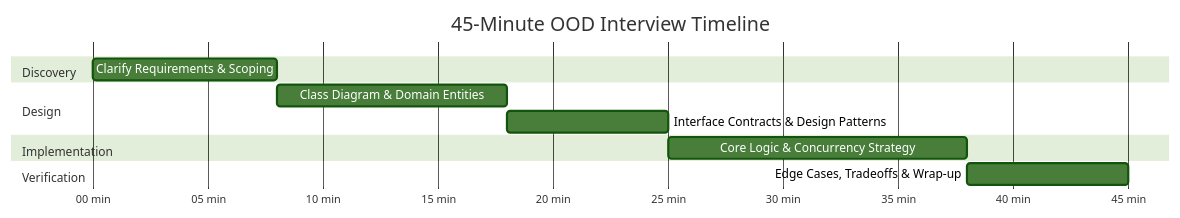
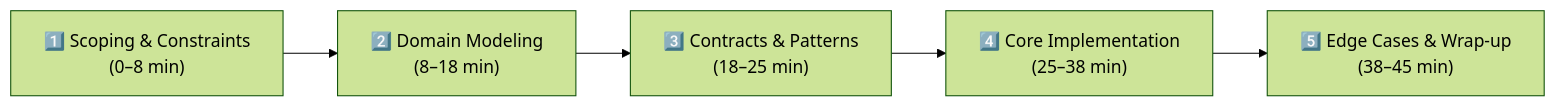
The second of 4 diagrams in LLD/00_Core_Concepts/06_Interview_Execution_Framework.md (dip4k/DSA_102), drawn with Mermaid (forest theme) before and after one commit. The commit also changed other lines of this file and 48 other files, not shown here.

````diff
--- a/LLD/00_Core_Concepts/06_Interview_Execution_Framework.md
+++ b/LLD/00_Core_Concepts/06_Interview_Execution_Framework.md
@@ -51,15 +51,7 @@
 ```mermaid
-gantt
-    title 45-Minute OOD Interview Timeline
-    dateFormat  m
-    axisFormat %M min
-    section Discovery
-    Clarify Requirements & Scoping :0, 8
-    section Design
-    Class Diagram & Domain Entities :8, 18
-    Interface Contracts & Design Patterns :18, 25
-    section Implementation
-    Core Logic & Concurrency Strategy :25, 38
-    section Verification
-    Edge Cases, Tradeoffs & Wrap-up :38, 45
+flowchart LR
+    P1["1️⃣ Scoping & Constraints<br/>(0–8 min)"] --> P2["2️⃣ Domain Modeling<br/>(8–18 min)"]
+    P2 --> P3["3️⃣ Contracts & Patterns<br/>(18–25 min)"]
+    P3 --> P4["4️⃣ Core Implementation<br/>(25–38 min)"]
+    P4 --> P5["5️⃣ Edge Cases & Wrap-up<br/>(38–45 min)"]
 ```
````
